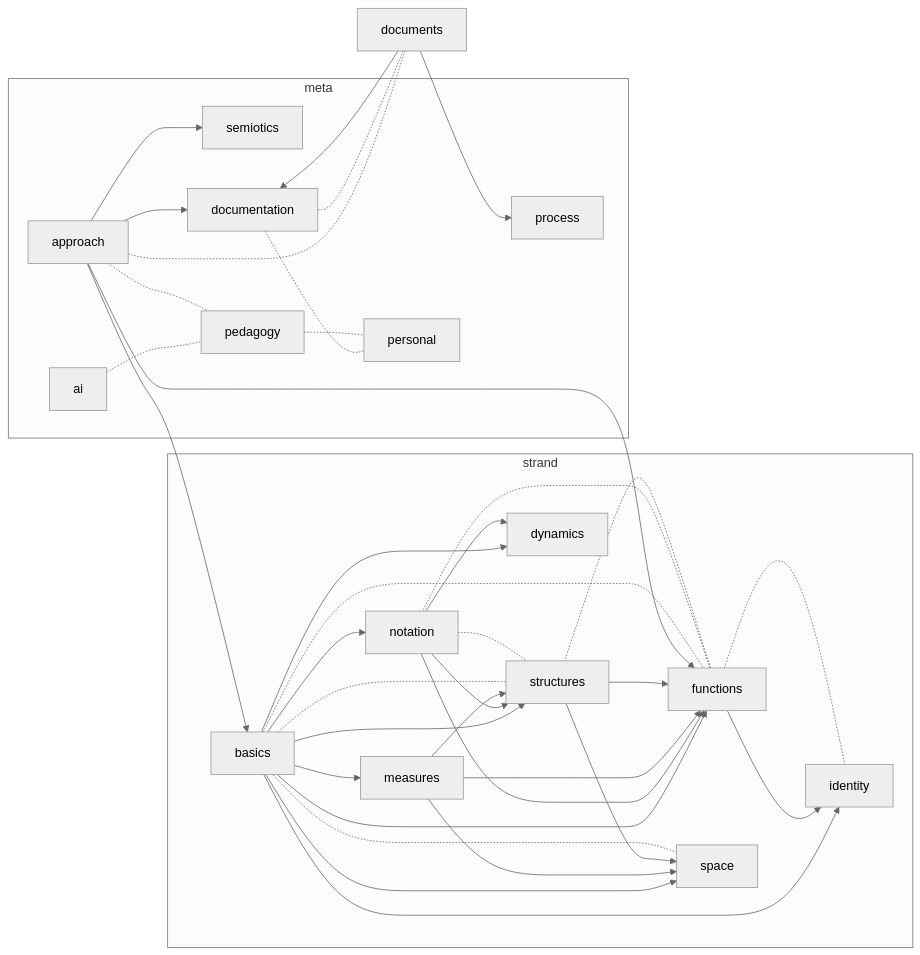
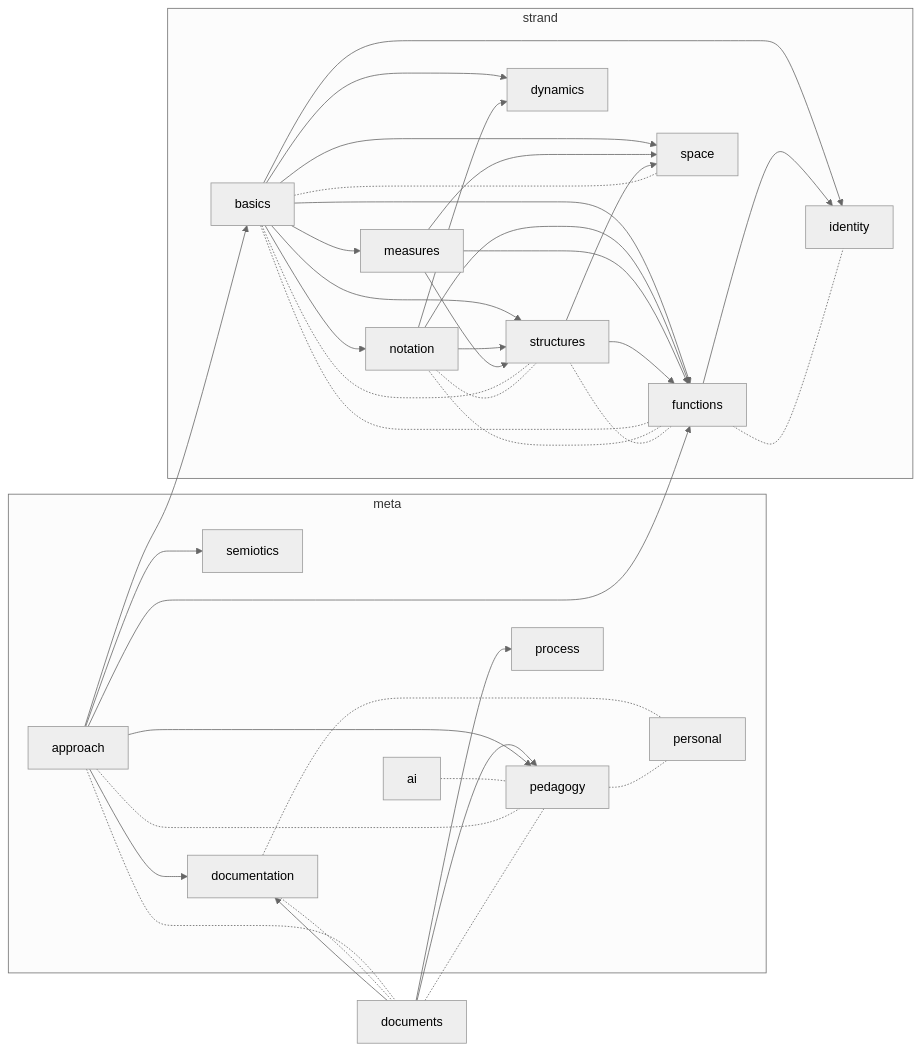
Before and after one commit to our-are-why/models: the diagram in documentation/documents.md, drawn with Mermaid (neutral theme). The commit also changed 4 other files, not shown here.

````diff
--- a/documentation/documents.md
+++ b/documentation/documents.md
@@ -55,58 +55,61 @@
 ```mermaid
 flowchart LR
   subgraph meta
     personal
     approach
     semiotics
     pedagogy
     documentation
     ai
     process
   end
   subgraph strand
     basics
     notation
     measures
     structures
     functions
     dynamics
     identity
     space
   end
   documents
   approach --> semiotics
   approach --> documentation
   documents --> documentation
   documents --> process
+  documents --> pedagogy
+  approach --> pedagogy
   approach --> basics
   basics --> notation
   basics --> measures
   basics --> structures
   notation --> structures
   measures --> structures
   basics --> functions
   notation --> functions
   measures --> functions
   structures --> functions
   approach --> functions
   basics --> dynamics
   notation --> dynamics
   basics --> identity
   functions --> identity
   basics --> space
   measures --> space
   structures --> space
   ai -.- pedagogy
   approach -.- documents
   approach -.- pedagogy
   basics -.- functions
   basics -.- space
   basics -.- structures
   documentation -.- documents
+  documents -.- pedagogy
   documentation -.- personal
   functions -.- identity
   functions -.- notation
   functions -.- structures
   notation -.- structures
   pedagogy -.- personal
 ```
````
